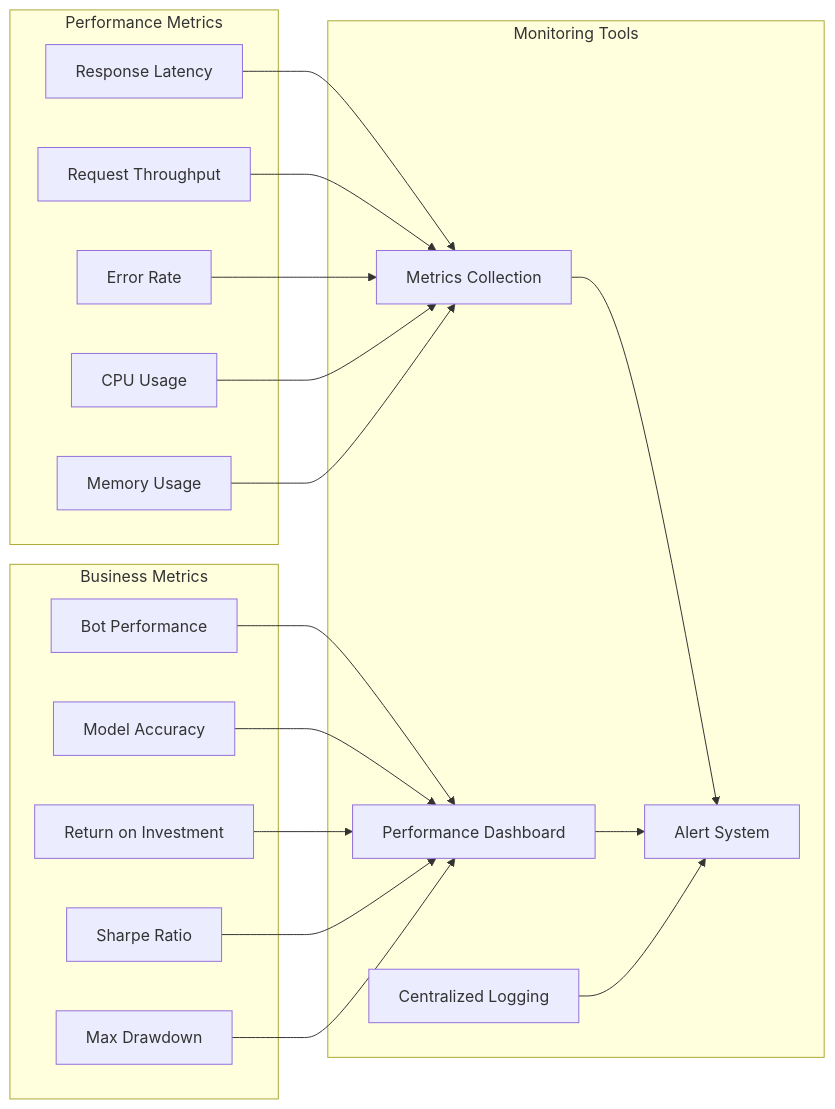
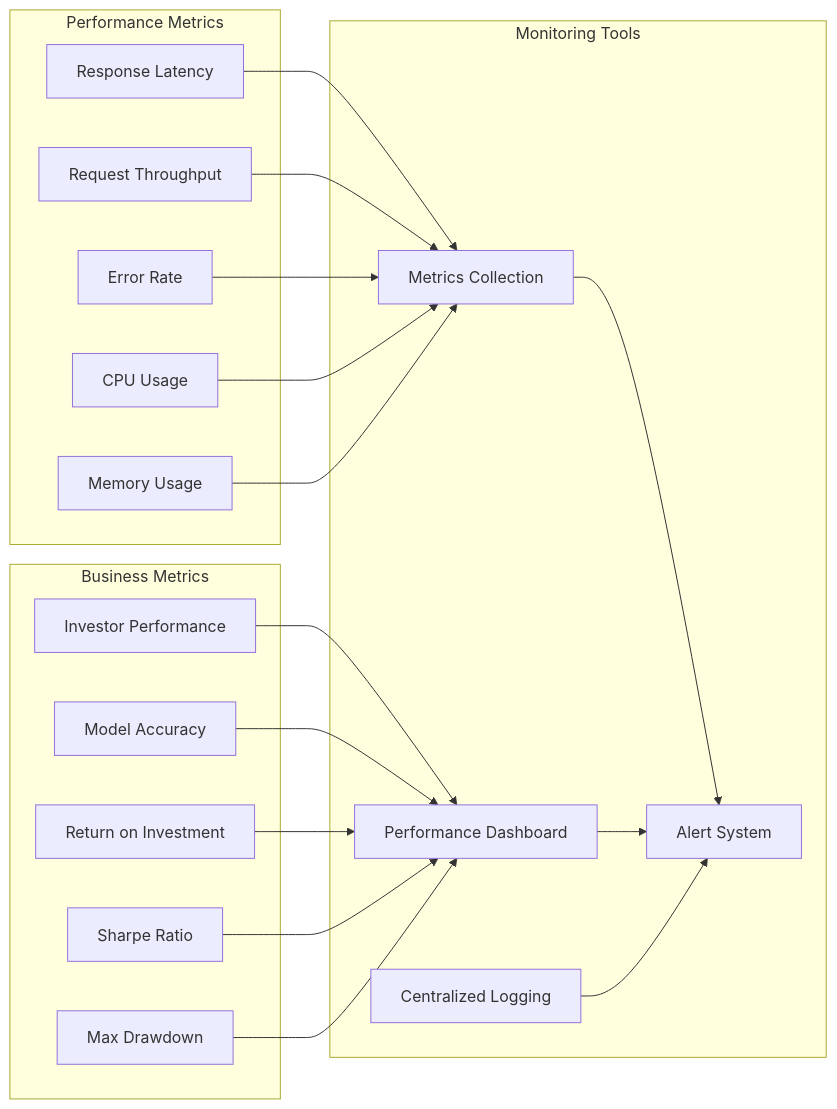
The ninth of 10 diagrams in ARCHITECTURE_AND_SYSTEM_DESIGN.md (jslimak2/SI-HQ), drawn with Mermaid before and after one commit. The commit also changed other lines of this file and 20 other files, not shown here.

Commit message:
Update terminology from 'bot' to 'investor' throughout codebase

````diff
--- a/ARCHITECTURE_AND_SYSTEM_DESIGN.md
+++ b/ARCHITECTURE_AND_SYSTEM_DESIGN.md
@@ -434,41 +434,41 @@
 ```mermaid
 graph LR
     subgraph "Performance Metrics"
         LATENCY[Response Latency]
         THROUGHPUT[Request Throughput]
         ERROR_RATE[Error Rate]
         CPU[CPU Usage]
         MEMORY[Memory Usage]
     end
     
     subgraph "Business Metrics"
-        BOT_PERF[Bot Performance]
+        BOT_PERF[Investor Performance]
         MODEL_ACC[Model Accuracy]
         ROI[Return on Investment]
         SHARPE[Sharpe Ratio]
         DRAWDOWN[Max Drawdown]
     end
     
     subgraph "Monitoring Tools"
         DASHBOARD[Performance Dashboard]
         ALERTS[Alert System]
         LOGS[Centralized Logging]
         METRICS[Metrics Collection]
     end
     
     LATENCY --> METRICS
     THROUGHPUT --> METRICS
     ERROR_RATE --> METRICS
     CPU --> METRICS
     MEMORY --> METRICS
     
     BOT_PERF --> DASHBOARD
     MODEL_ACC --> DASHBOARD
     ROI --> DASHBOARD
     SHARPE --> DASHBOARD
     DRAWDOWN --> DASHBOARD
     
     METRICS --> ALERTS
     DASHBOARD --> ALERTS
     LOGS --> ALERTS
 ```
````
